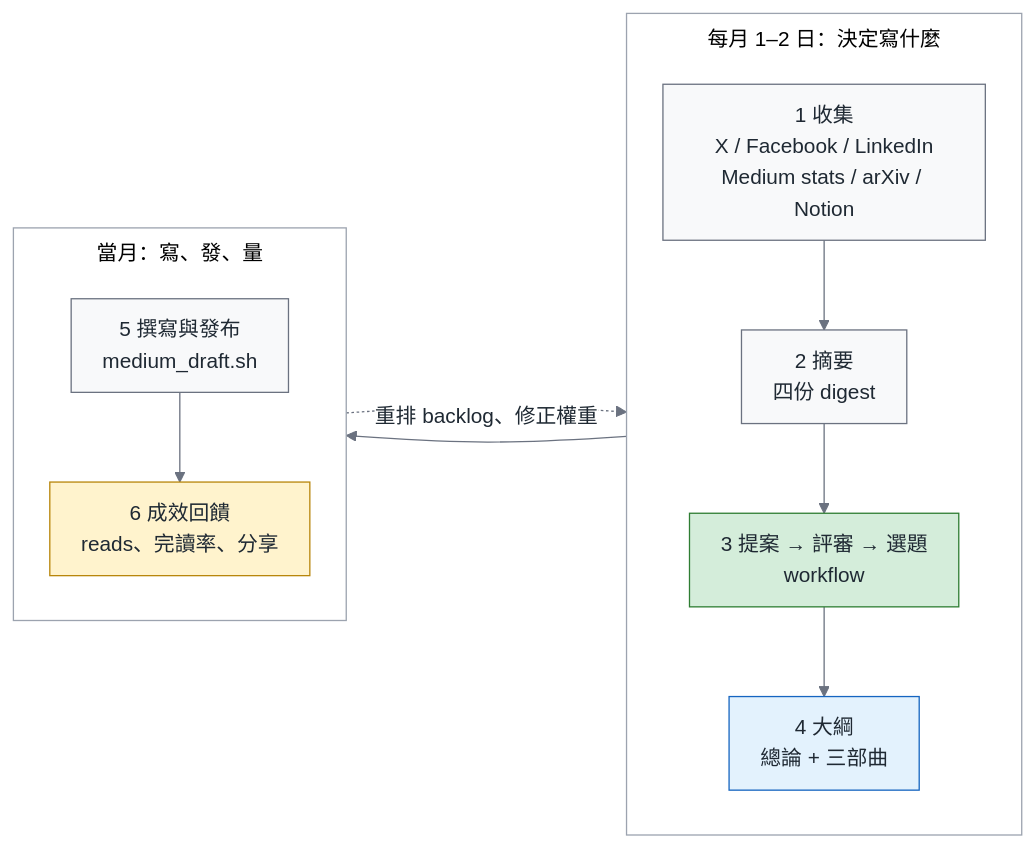
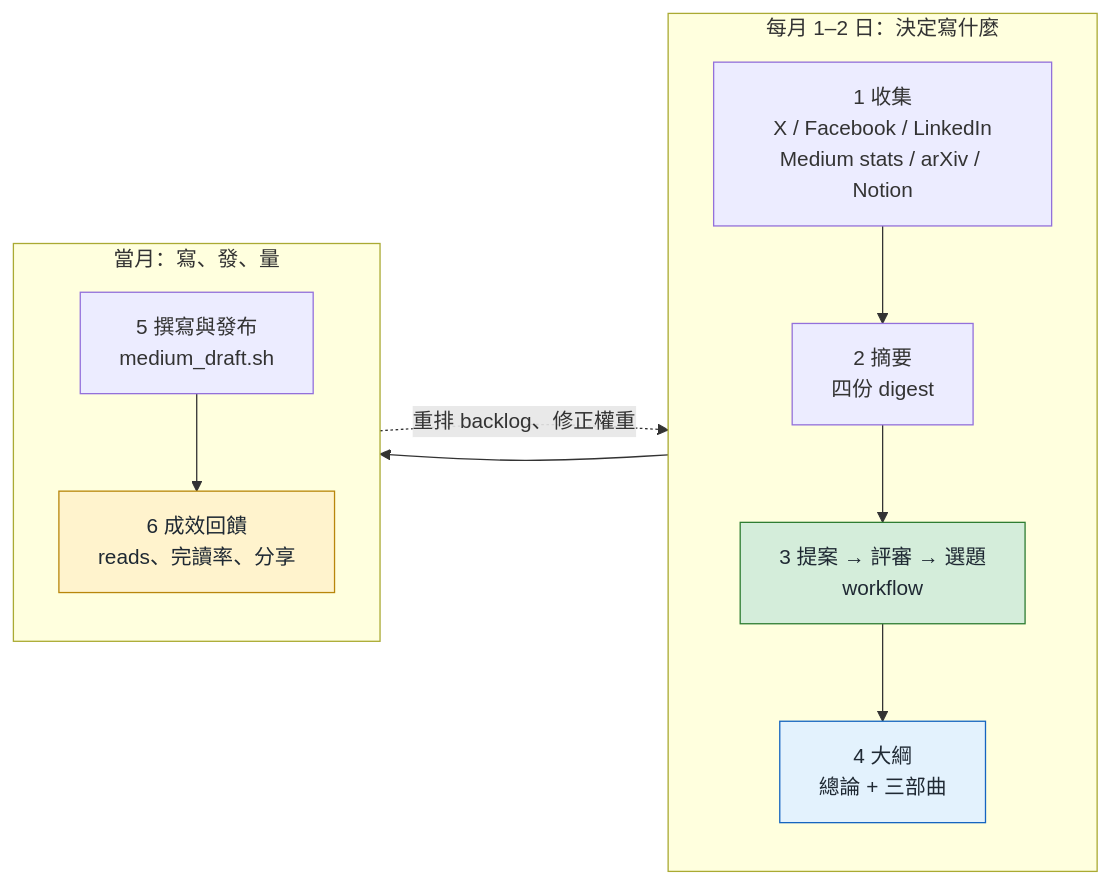
One commit to fantasybz/medium-articles changed the diagram in research/README.md. Above: the diagram before and after it, drawn with Mermaid. The commit also changed other lines of this file and 3 other files, not shown here.

First line of the commit message:
docs: sync CLAUDE.md, README, MERMAID.md and the research loop guide with what shipped

````diff
--- a/research/README.md
+++ b/research/README.md
@@ -8,43 +8,21 @@
 ```mermaid
----
-config:
-  theme: base
-  themeVariables:
-    fontSize: 16px
-    primaryColor: "#f8f9fa"
-    primaryTextColor: "#1f2933"
-    primaryBorderColor: "#6b7280"
-    lineColor: "#6b7280"
-    clusterBkg: "#ffffff"
-    clusterBorder: "#9ca3af"
-    edgeLabelBackground: "#ffffff"
-  flowchart:
-    nodeSpacing: 36
-    rankSpacing: 44
-    padding: 12
-    htmlLabels: true
-    subGraphTitleMargin:
-      top: 8
-      bottom: 12
-    curve: basis
----
 flowchart LR
     classDef own fill:#d4edda,stroke:#2e7d32,color:#1f2933
     classDef buy fill:#fff3cd,stroke:#b8860b,color:#1f2933
     classDef human fill:#e3f2fd,stroke:#1565c0,color:#1f2933
     subgraph in["每月 1–2 日：決定寫什麼"]
         direction TB
         C["1 收集<br/>X / Facebook / LinkedIn<br/>Medium stats / arXiv / Notion"] --> D["2 摘要<br/>四份 digest"]
         D --> P["3 提案 → 評審 → 選題<br/>workflow"]
         P --> O["4 大綱<br/>總論 + 三部曲"]
     end
     subgraph out["當月：寫、發、量"]
         direction TB
         W["5 撰寫與發布<br/>medium_draft.sh"] --> F["6 成效回饋<br/>reads、完讀率、分享"]
     end
     in --> out
     out -.->|重排 backlog、修正權重| in
     class P own
     class F buy
     class O human
 ```
````
